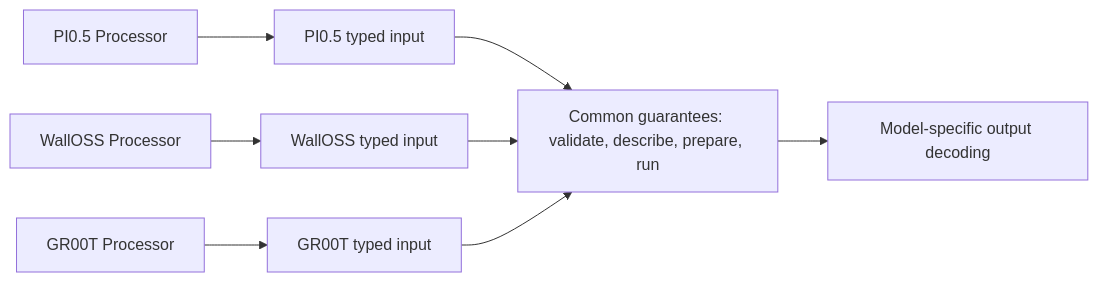
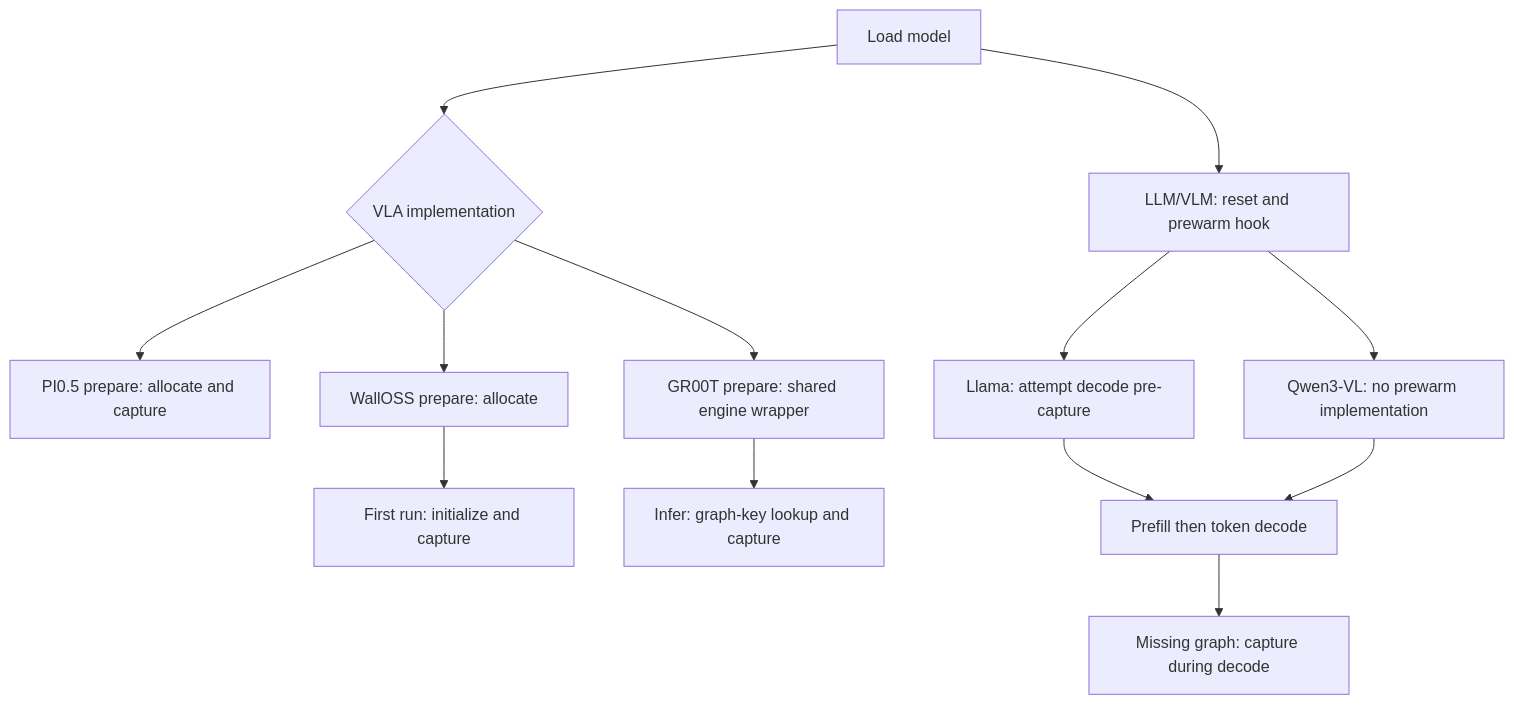
Before and after one commit to infinigence/ApxInf: the first of 4 diagrams in doc/model-lifecycle/lifecycle.md, drawn with Mermaid. The commit also changed other lines of this file and 3 other files, not shown here.

````diff
--- a/doc/model-lifecycle/lifecycle.md
+++ b/doc/model-lifecycle/lifecycle.md
@@ -22,10 +22,15 @@
 ```mermaid
-flowchart LR
-    P[PI0.5 Processor] --> PI[PI0.5 typed input]
-    W[WallOSS Processor] --> WI[WallOSS typed input]
-    G[GR00T Processor] --> GI[GR00T typed input]
-    PI --> C[Common guarantees: validate, describe, prepare, run]
-    WI --> C
-    GI --> C
-    C --> D[Model-specific output decoding]
+flowchart TB
+    L[Load model] --> V{VLA implementation}
+    V --> P[PI0.5 prepare: allocate and capture]
+    V --> W[WallOSS prepare: allocate]
+    W --> WR[First run: initialize and capture]
+    V --> G[GR00T prepare: shared engine wrapper]
+    G --> GR[Infer: graph-key lookup and capture]
+    L --> T[LLM/VLM: reset and prewarm hook]
+    T --> LL[Llama: attempt decode pre-capture]
+    T --> Q[Qwen3-VL: no prewarm implementation]
+    LL --> PF[Prefill then token decode]
+    Q --> PF
+    PF --> QC[Missing graph: capture during decode]
 ```
````
